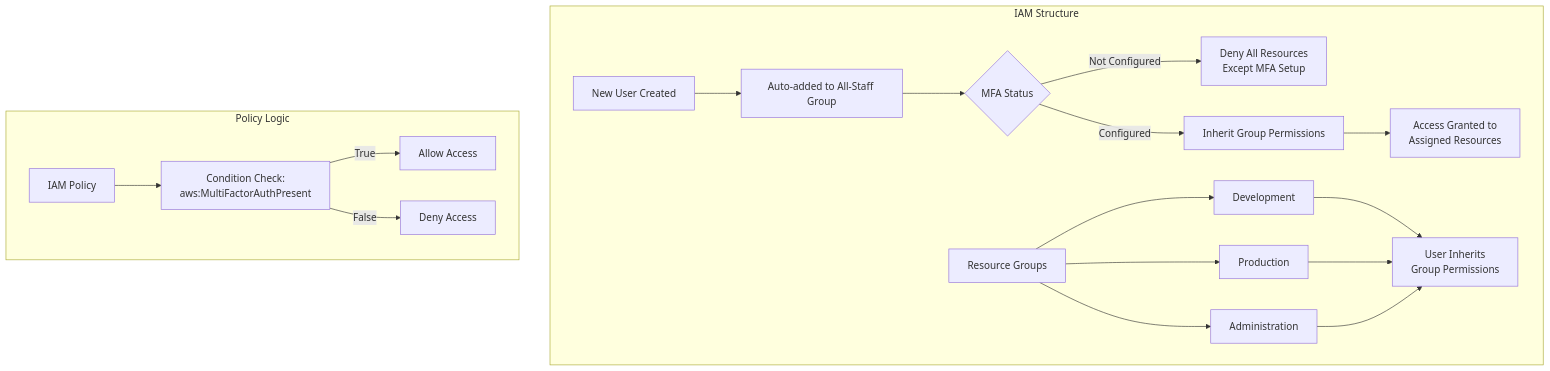
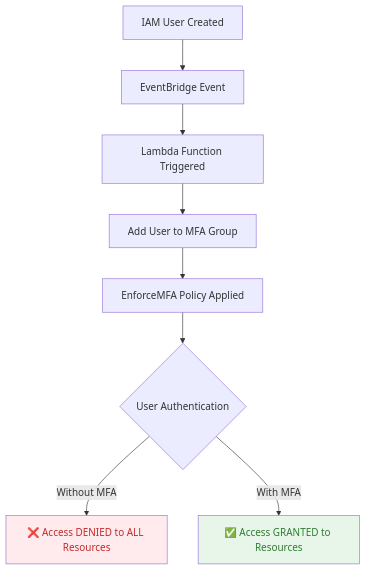
One commit to rcoffie/AWS-Dump changed the diagram in iam/README.md. Above: the diagram before and after it, drawn with Mermaid. The commit also changed other lines of this file, not shown here.

Commit message:
adding Readme for IAM

````diff
--- a/iam/README.md
+++ b/iam/README.md
@@ -14,24 +11,13 @@
 ```mermaid
-graph TB
-    subgraph "IAM Structure"
-        A[New User Created] --> B[Auto-added to All-Staff Group]
-        B --> C{MFA Status}
-        C -->|Not Configured| D[Deny All Resources<br/>Except MFA Setup]
-        C -->|Configured| E[Inherit Group Permissions]
-        E --> F[Access Granted to<br/>Assigned Resources]
-        
-        G[Resource Groups] --> H[Development]
-        G --> I[Production]
-        G --> J[Administration]
-        
-        H --> K[User Inherits<br/>Group Permissions]
-        I --> K
-        J --> K
-    end
+graph TD
+    A[IAM User Created] --> B[EventBridge Event]
+    B --> C[Lambda Function Triggered]
+    C --> D[Add User to MFA Group]
+    D --> E[EnforceMFA Policy Applied]
+    E --> F{User Authentication}
+    F -->|Without MFA| G[❌ Access DENIED to ALL Resources]
+    F -->|With MFA| H[✅ Access GRANTED to Resources]
     
-    subgraph "Policy Logic"
-        L[IAM Policy] --> M[Condition Check:<br/>aws:MultiFactorAuthPresent]
-        M -->|True| N[Allow Access]
-        M -->|False| O[Deny Access]
-    end
+    style G fill:#ffebee,color:#c62828
+    style H fill:#e8f5e9,color:#2e7d32
 ```
````
